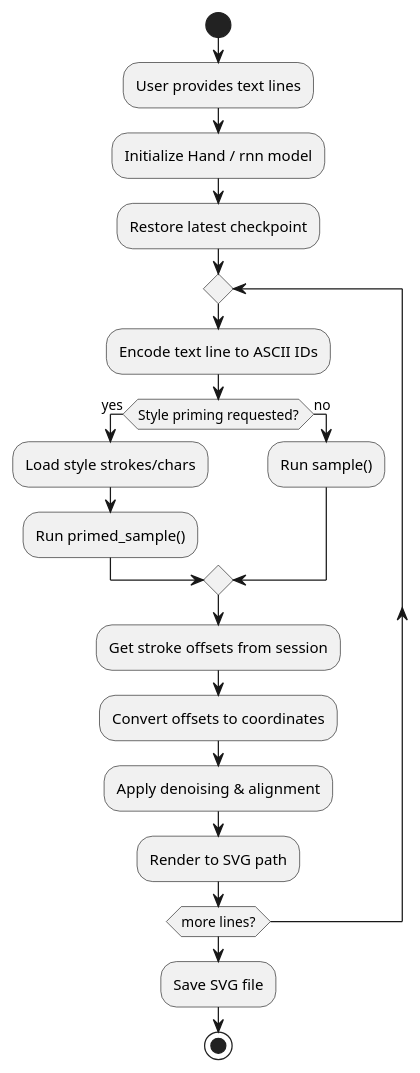
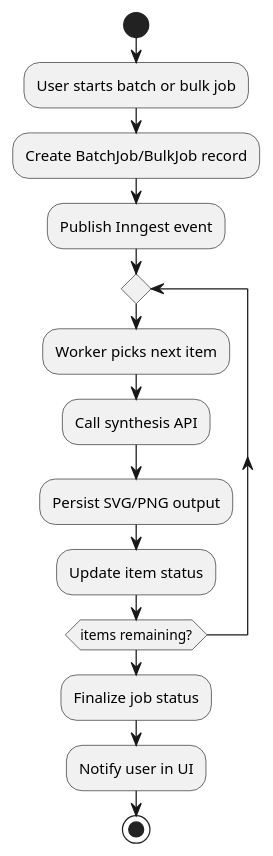
One commit to bhadraagada/ctrlpluspen changed the eighth of 15 diagrams in docss/CONCEPTUAL_DIAGRAMS.md. Above: the diagram before and after it, drawn with PlantUML. The commit also changed other lines of this file and 138 other files, not shown here.

````diff
--- a/docss/CONCEPTUAL_DIAGRAMS.md
+++ b/docss/CONCEPTUAL_DIAGRAMS.md
@@ -370,28 +480,22 @@
 ```plantuml
 @startuml
 skinparam monochrome true
 skinparam shadowing false
 
 start
-:User provides text lines;
-:Initialize Hand / rnn model;
-:Restore latest checkpoint;
+:User starts batch or bulk job;
+:Create BatchJob/BulkJob record;
+:Publish Inngest event;
 
 repeat
-  :Encode text line to ASCII IDs;
-  if (Style priming requested?) then (yes)
-    :Load style strokes/chars;
-    :Run primed_sample();
-  else (no)
-    :Run sample();
-  endif
-  :Get stroke offsets from session;
-  :Convert offsets to coordinates;
-  :Apply denoising & alignment;
-  :Render to SVG path;
-repeat while (more lines?)
+  :Worker picks next item;
+  :Call synthesis API;
+  :Persist SVG/PNG output;
+  :Update item status;
+repeat while (items remaining?)
 
-:Save SVG file;
+:Finalize job status;
+:Notify user in UI;
 stop
 @enduml
 ```
````
